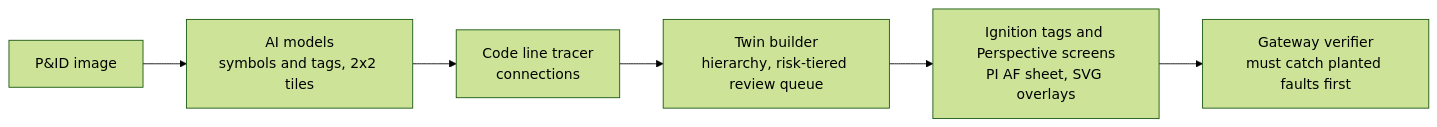
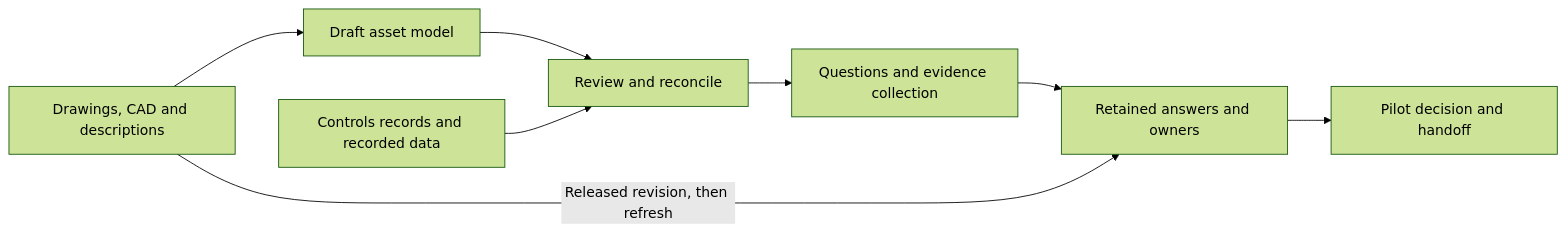
One commit to steve-vitale/pid-to-digital-twin changed the first of 2 diagrams in README.md. Above: the diagram before and after it, drawn with Mermaid (forest theme). The commit also changed other lines of this file and 1 other file, not shown here.

````diff
--- a/README.md
+++ b/README.md
@@ -198,8 +34,10 @@
 ```mermaid
 flowchart LR
-    A[P&ID image] --> B[AI models<br/>symbols and tags, 2x2 tiles]
-    B --> C[Code line tracer<br/>connections]
-    C --> D[Twin builder<br/>hierarchy, risk-tiered review queue]
-    D --> E[Ignition tags and Perspective screens<br/>PI AF sheet, SVG overlays]
-    E --> F[Gateway verifier<br/>must catch planted faults first]
+    A[Drawings, CAD and descriptions] --> B[Draft asset model]
+    B --> C[Review and reconcile]
+    R[Controls records and recorded data] --> C
+    C --> D[Questions and evidence collection]
+    D --> E[Retained answers and owners]
+    E --> F[Pilot decision and handoff]
+    A -->|Released revision, then refresh| E
 ```
````
